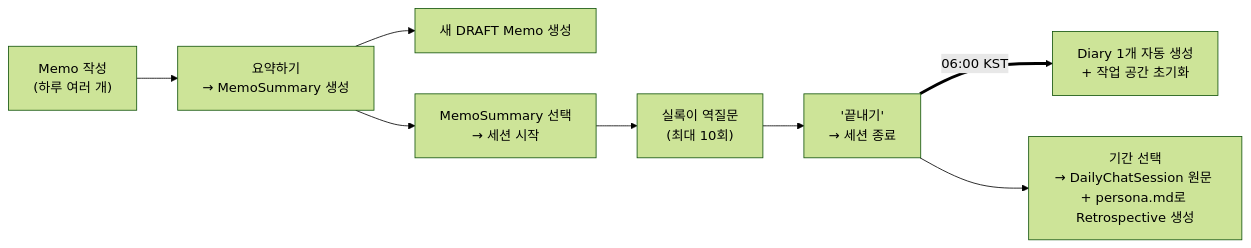
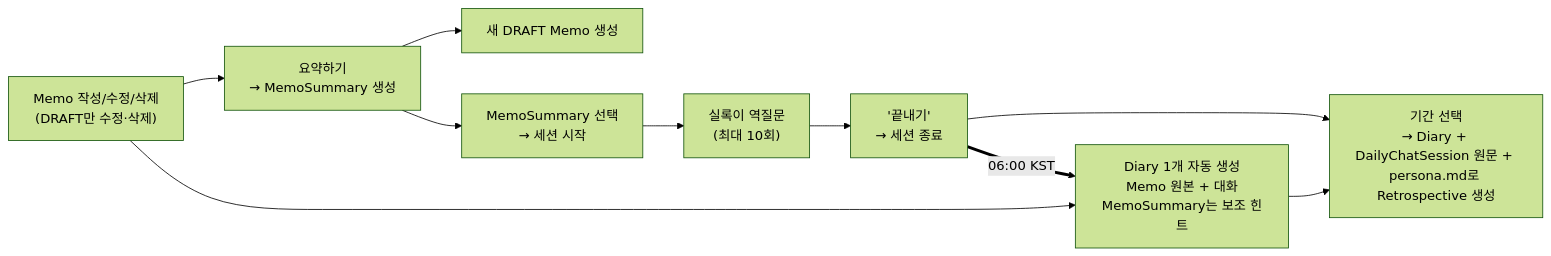
One commit to my-girin-log/girin-log-harness changed the sixth of 7 diagrams in README.md. Above: the diagram before and after it, drawn with Mermaid (forest theme). The commit also changed other lines of this file and 12 other files, not shown here.

Commit message:
docs: Diary 회고 생성 정책과 Memo 수정 삭제 명세 정리

````diff
--- a/README.md
+++ b/README.md
@@ -199,10 +203,12 @@
 ```mermaid
 flowchart LR
-    M["Memo 작성<br/>(하루 여러 개)"] --> MS["요약하기<br/>→ MemoSummary 생성"]
+    M["Memo 작성/수정/삭제<br/>(DRAFT만 수정·삭제)"] --> MS["요약하기<br/>→ MemoSummary 생성"]
     MS --> NM["새 DRAFT Memo 생성"]
     MS --> S["MemoSummary 선택<br/>→ 세션 시작"]
     S --> Q["실록이 역질문<br/>(최대 10회)"]
     Q --> E["'끝내기'<br/>→ 세션 종료"]
-    E ==>|"06:00 KST"| D["Diary 1개 자동 생성<br/>+ 작업 공간 초기화"]
-    E --> R["기간 선택<br/>→ DailyChatSession 원문 + persona.md로 Retrospective 생성"]
+    M --> D["Diary 1개 자동 생성<br/>Memo 원본 + 대화<br/>MemoSummary는 보조 힌트"]
+    E ==>|"06:00 KST"| D
+    D --> R["기간 선택<br/>→ Diary + DailyChatSession 원문 + persona.md로 Retrospective 생성"]
+    E --> R
 ```
````
